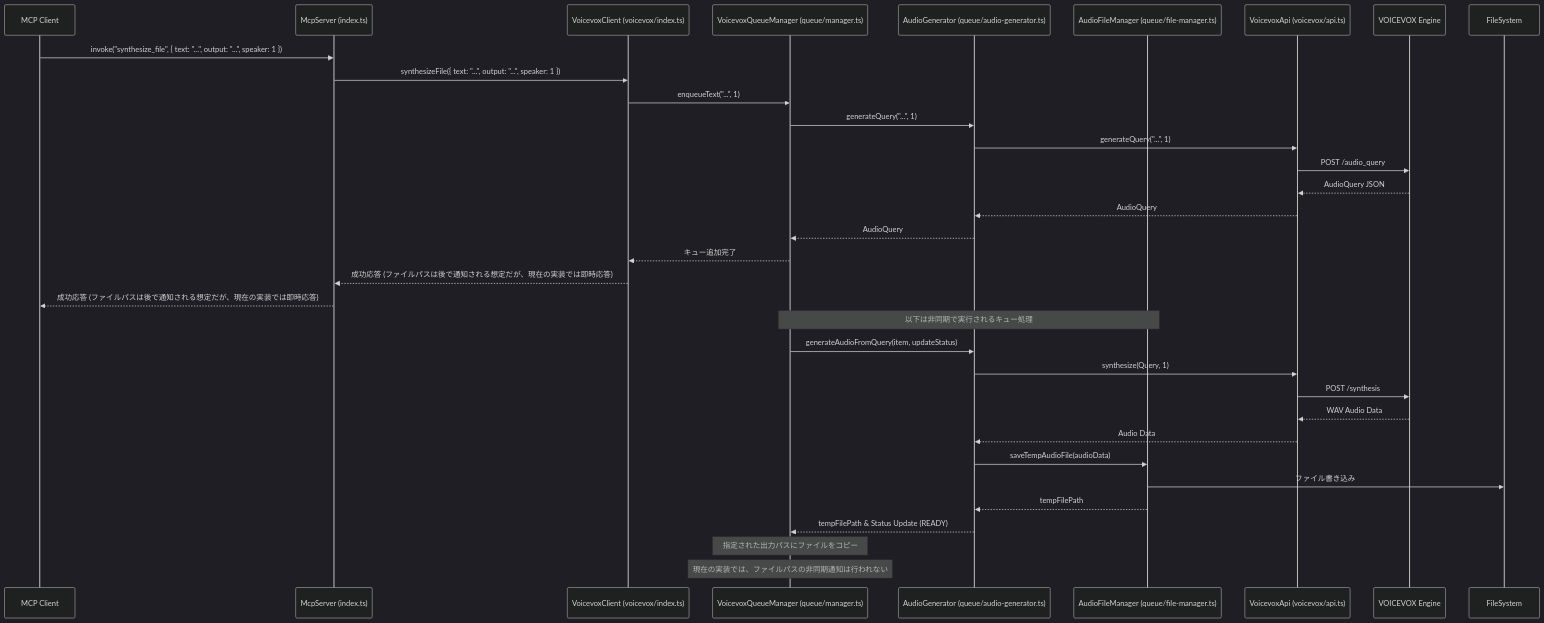
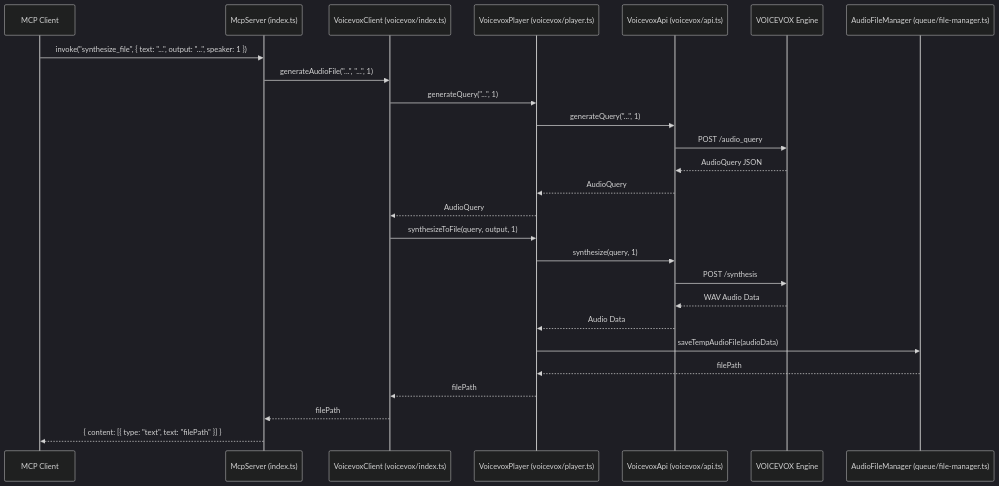
One commit to nichiki/mcp-tts-voicevox changed the third of 6 diagrams in docs/diagrams.md. Above: the diagram before and after it, drawn with Mermaid (dark theme). The commit also changed other lines of this file and 14 other files, not shown here.

````diff
--- a/docs/diagrams.md
+++ b/docs/diagrams.md
@@ -73,38 +88,32 @@
 ```mermaid
 sequenceDiagram
     participant Client as MCP Client
     participant Server as McpServer (index.ts)
     participant VClient as VoicevoxClient (voicevox/index.ts)
-    participant QueueMgr as VoicevoxQueueManager (queue/manager.ts)
-    participant AudioGen as AudioGenerator (queue/audio-generator.ts)
-    participant FileMgr as AudioFileManager (queue/file-manager.ts)
+    participant VPlayer as VoicevoxPlayer (voicevox/player.ts)
     participant VApi as VoicevoxApi (voicevox/api.ts)
     participant Engine as VOICEVOX Engine
+    participant FileManager as AudioFileManager (queue/file-manager.ts)
 
     Client->>Server: invoke("synthesize_file", { text: "...", output: "...", speaker: 1 })
-    Server->>VClient: synthesizeFile({ text: "...", output: "...", speaker: 1 })
-    VClient->>QueueMgr: enqueueText("...", 1)
-    QueueMgr->>AudioGen: generateQuery("...", 1)
-    AudioGen->>VApi: generateQuery("...", 1)
+    Server->>VClient: generateAudioFile("...", "...", 1)
+    VClient->>VPlayer: generateQuery("...", 1)
+    VPlayer->>VApi: generateQuery("...", 1)
     VApi->>Engine: POST /audio_query
     Engine-->>VApi: AudioQuery JSON
-    VApi-->>AudioGen: AudioQuery
-    AudioGen-->>QueueMgr: AudioQuery
-    QueueMgr-->>VClient: キュー追加完了
-    VClient-->>Server: 成功応答 (ファイルパスは後で通知される想定だが、現在の実装では即時応答)
-    Server-->>Client: 成功応答 (ファイルパスは後で通知される想定だが、現在の実装では即時応答)
-
-    Note over QueueMgr, FileMgr: 以下は非同期で実行されるキュー処理
-
-    QueueMgr->>AudioGen: generateAudioFromQuery(item, updateStatus)
-    AudioGen->>VApi: synthesize(Query, 1)
+    VApi-->>VPlayer: AudioQuery
+    VPlayer-->>VClient: AudioQuery
+    
+    VClient->>VPlayer: synthesizeToFile(query, output, 1)
+    VPlayer->>VApi: synthesize(query, 1)
     VApi->>Engine: POST /synthesis
     Engine-->>VApi: WAV Audio Data
-    VApi-->>AudioGen: Audio Data
-    AudioGen->>FileMgr: saveTempAudioFile(audioData)
-    FileMgr->>FileSystem: ファイル書き込み
-    FileMgr-->>AudioGen: tempFilePath
-    AudioGen-->>QueueMgr: tempFilePath & Status Update (READY)
-    Note over QueueMgr: 指定された出力パスにファイルをコピー
-    Note over QueueMgr: 現在の実装では、ファイルパスの非同期通知は行われない
+    VApi-->>VPlayer: Audio Data
+    
+    VPlayer->>FileManager: saveTempAudioFile(audioData)
+    FileManager-->>VPlayer: filePath
+    
+    VPlayer-->>VClient: filePath
+    VClient-->>Server: filePath
+    Server-->>Client: { content: [{ type: "text", text: "filePath" }] }
 ```
````
